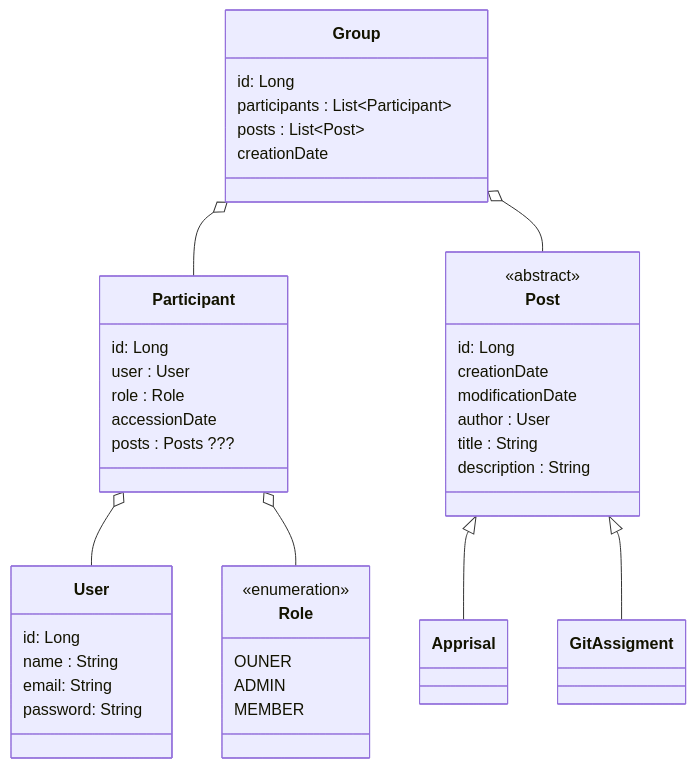
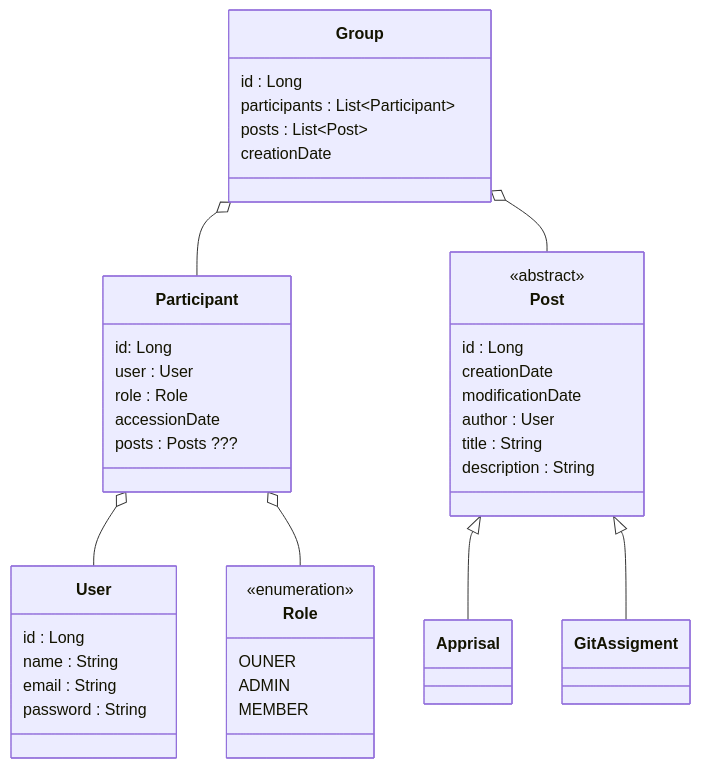
The diagram in docs/Class diagram.md (Cub-IT/.github), drawn with Mermaid before and after one commit.

Commit message:
Update Class diagram.md

````diff
--- a/docs/Class diagram.md
+++ b/docs/Class diagram.md
@@ -1,50 +1,50 @@
 ```mermaid
 classDiagram
     Participant o-- User
     Participant o-- Role
     Group o-- Participant
     Group o-- Post
     Post <|-- Apprisal
     Post <|-- GitAssigment
 
     class User {
-        id: Long
+        id : Long
         name : String
-        email: String
-        password: String
+        email : String
+        password : String
     }
     class Participant {
         id: Long
         user : User
         role : Role
         accessionDate
         posts : Posts ???
     }
     class Role {
         <<enumeration>>
         OUNER
         ADMIN
         MEMBER
     }
     class Group {
-        id: Long
+        id : Long
         participants : List~Participant~
         posts : List~Post~
         creationDate
     }
     class Post {
         <<abstract>>
-        id: Long
+        id : Long
         creationDate
         modificationDate
         author : User
         title : String
         description : String
     }
     class Apprisal{
 
     }
     class GitAssigment {
 
     }
 ```
````
